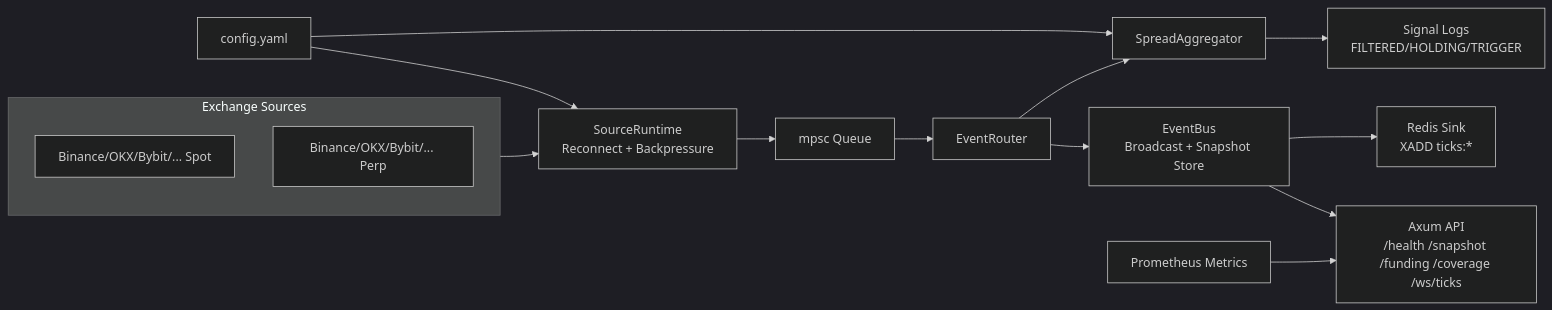
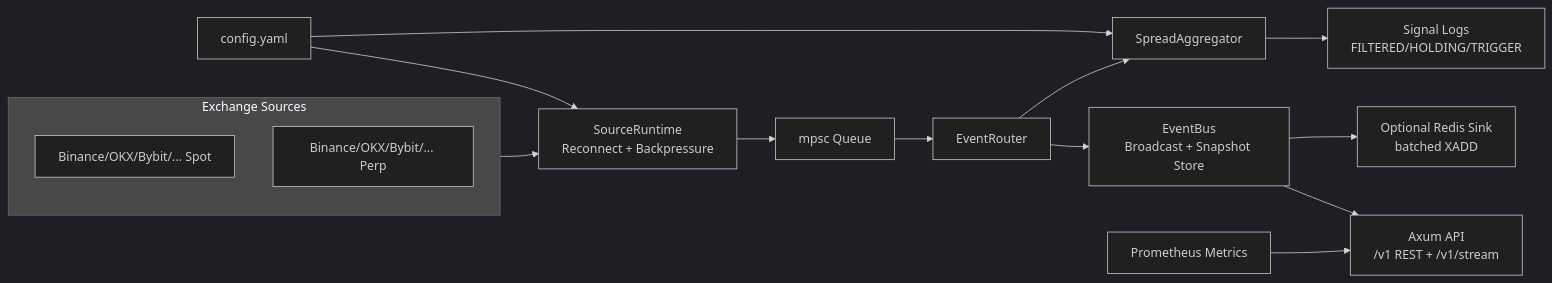
The diagram in README.md (tianrking/MarketBridge), drawn with Mermaid (dark theme) before and after one commit. The commit also changed other lines of this file and 25 other files, not shown here.

````diff
--- a/README.md
+++ b/README.md
@@ -66,22 +96,22 @@
 ```mermaid
 flowchart LR
   subgraph S[Exchange Sources]
     S1[Binance/OKX/Bybit/... Spot]
     S2[Binance/OKX/Bybit/... Perp]
   end
 
   S --> RT[SourceRuntime\nReconnect + Backpressure]
   RT --> Q[mpsc Queue]
   Q --> R[EventRouter]
 
   R --> BUS[EventBus\nBroadcast + Snapshot Store]
   R --> AGG[SpreadAggregator]
 
   AGG --> LOG[Signal Logs\nFILTERED/HOLDING/TRIGGER]
-  BUS --> API[Axum API\n/health /snapshot /funding /coverage /ws/ticks]
-  BUS --> REDIS[Redis Sink\nXADD ticks:*]
+  BUS --> API[Axum API\n/v1 REST + /v1/stream]
+  BUS --> REDIS[Optional Redis Sink\nbatched XADD]
 
   CFG[config.yaml] --> RT
   CFG --> AGG
   MET[Prometheus Metrics] --> API
 ```
````
